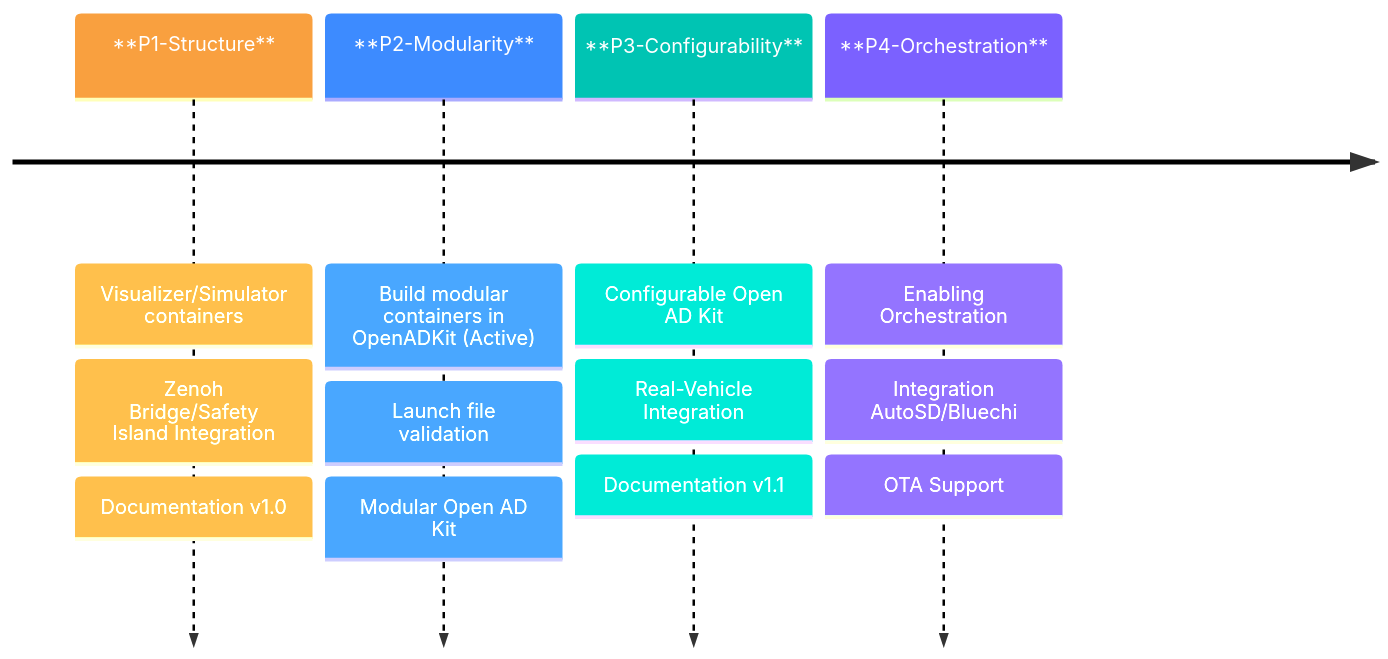
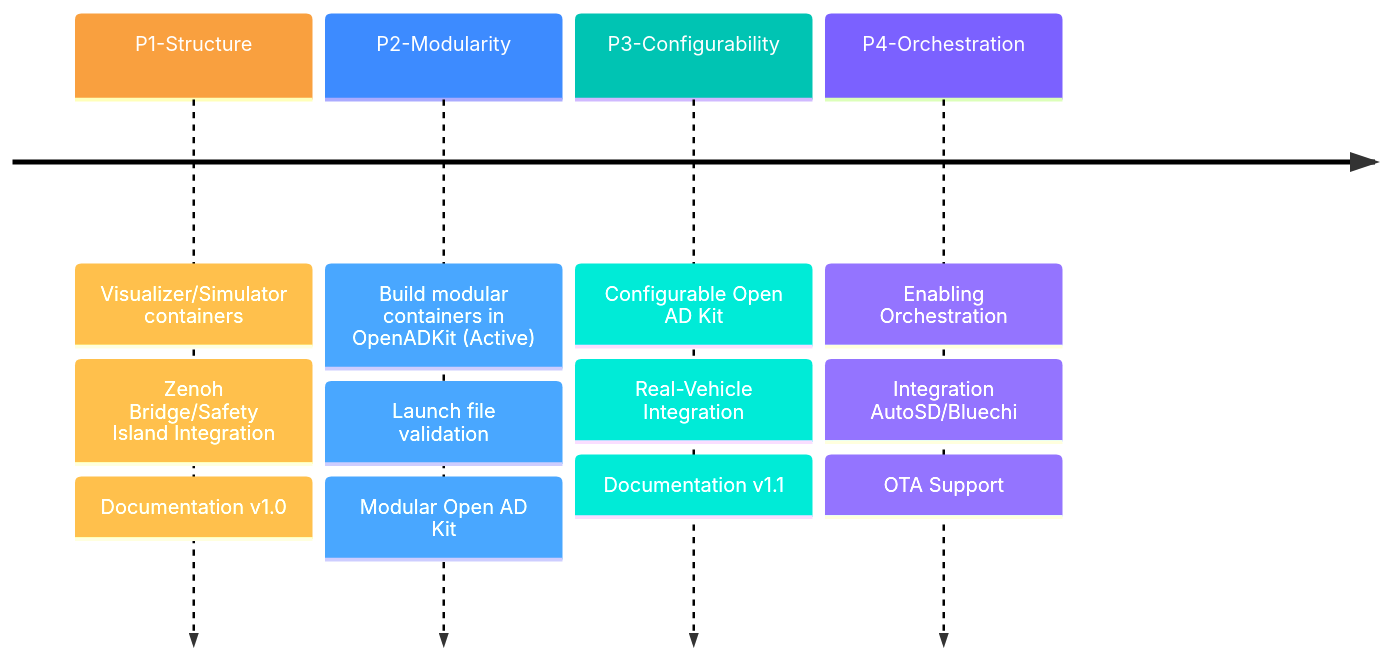
The diagram in docs/Roadmap/index.md (autowarefoundation/openadkit), drawn with Mermaid before and after one commit.

Commit message:
try mermaid again

````diff
--- a/docs/Roadmap/index.md
+++ b/docs/Roadmap/index.md
@@ -3,32 +3,32 @@
 ```mermaid
 ---
 config:
   themeVariables:
     cScaleLabel0: '#FFFFFF'
     cScale0: '#f9a03f'
     cScaleLabel1: '#FFFFFF'
     cScale1: '#3d8bff'
     cScaleLabel2: '#FFFFFF'
     cScale2: '#00c4b3'
     cScaleLabel3: '#FFFFFF'
     cScale3: '#7b61ff'
 ---
 
 timeline
-    **P1-Structure**
+    P1-Structure
       : Visualizer/Simulator containers
       : Zenoh Bridge/Safety Island Integration
       : Documentation v1.0
-    **P2-Modularity**
+    P2-Modularity
       : Build modular containers in OpenADKit (Active)
       : Launch file validation
       : Modular Open AD Kit
-    **P3-Configurability**
+    P3-Configurability
       : Configurable Open AD Kit
       : Real-Vehicle Integration
       : Documentation v1.1
-    **P4-Orchestration**
+    P4-Orchestration
       : Enabling Orchestration
       : Integration AutoSD/Bluechi
       : OTA Support
 ```
````
